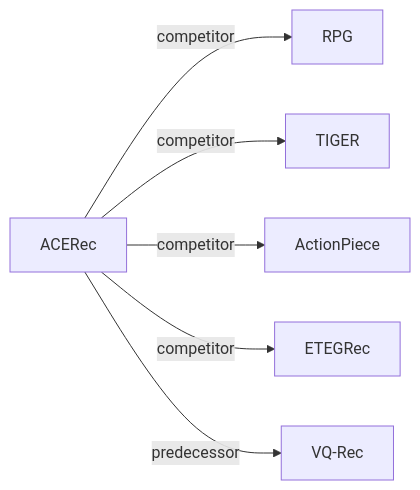
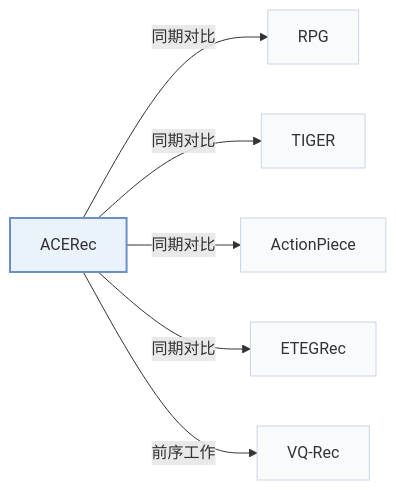
One commit to Galaxy-ghost/Awesome-SID-Generative-Rec changed the second of 2 diagrams in pages/zh/papers/acerec.md. Above: the diagram before and after it, drawn with Mermaid. The commit also changed other lines of this file and 649 other files, not shown here.

Commit message:
writer-05: also tags and modality index (schema, check, build, visuals); summary field removed; calibration data for 12 papers

````diff
--- a/pages/zh/papers/acerec.md
+++ b/pages/zh/papers/acerec.md
@@ -67,9 +76,13 @@
 ```mermaid
 flowchart LR
     P["ACERec"]
-    P -->|competitor| A["RPG"]
-    P -->|competitor| B["TIGER"]
-    P -->|competitor| C["ActionPiece"]
-    P -->|competitor| D["ETEGRec"]
-    P -->|predecessor| E["VQ-Rec"]
+    P -->|"同期对比"| A["RPG"]
+    P -->|"同期对比"| B["TIGER"]
+    P -->|"同期对比"| C["ActionPiece"]
+    P -->|"同期对比"| D["ETEGRec"]
+    P -->|"前序工作"| E["VQ-Rec"]
+    classDef main fill:#eaf2fb,stroke:#6b8fc7,stroke-width:2px
+    classDef peer fill:#f8fafc,stroke:#cbd5e1
+    class P main
+    class A,B,C,D,E peer
 ```
````
